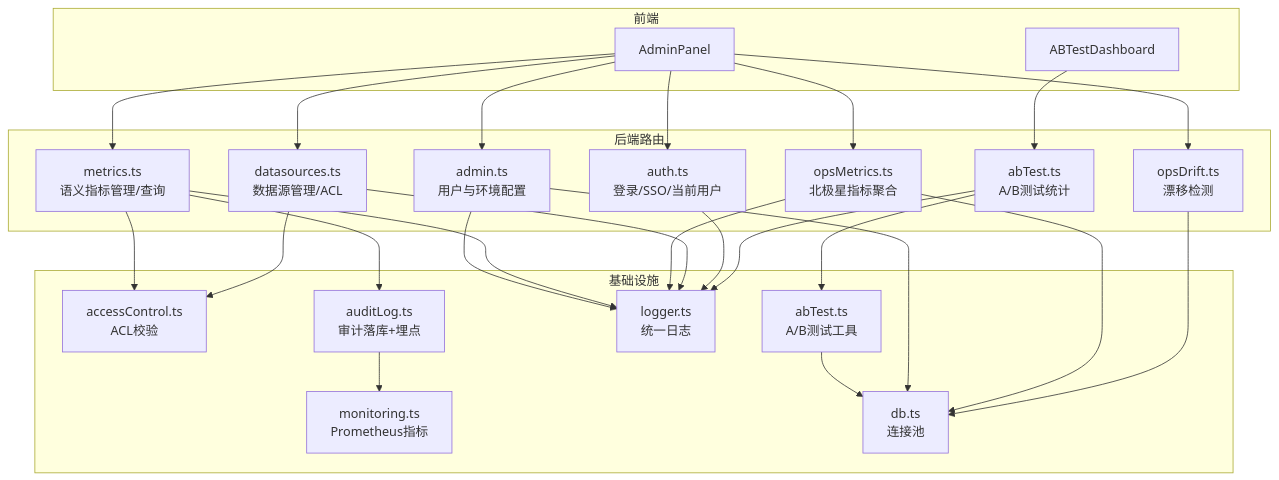
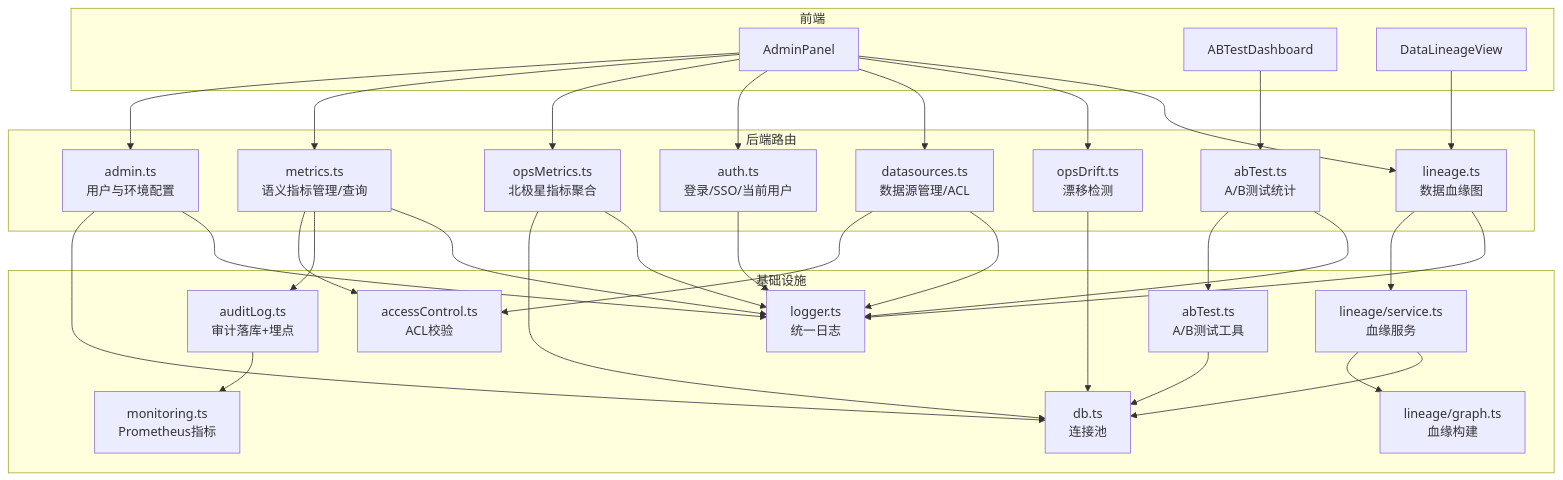
The first of 8 diagrams in .qoder/repowiki/zh/content/API参考/管理API/管理API.md (dgjin/smart-data-analytics), drawn with Mermaid before and after one commit. The commit also changed other lines of this file and 146 other files, not shown here.

````diff
--- a/.qoder/repowiki/zh/content/API参考/管理API/管理API.md
+++ b/.qoder/repowiki/zh/content/API参考/管理API/管理API.md
@@ -53,46 +60,56 @@
 ```mermaid
 graph TB
 subgraph "前端"
 AP["AdminPanel"]
 ABTD["ABTestDashboard"]
+DLV["DataLineageView"]
 end
 subgraph "后端路由"
 A["admin.ts<br/>用户与环境配置"]
 M["metrics.ts<br/>语义指标管理/查询"]
 OM["opsMetrics.ts<br/>北极星指标聚合"]
 AU["auth.ts<br/>登录/SSO/当前用户"]
 DS["datasources.ts<br/>数据源管理/ACL"]
 OD["opsDrift.ts<br/>漂移检测"]
 ABT["abTest.ts<br/>A/B测试统计"]
+LG["lineage.ts<br/>数据血缘图"]
 end
 subgraph "基础设施"
 AC["accessControl.ts<br/>ACL校验"]
 AL["auditLog.ts<br/>审计落库+埋点"]
 MO["monitoring.ts<br/>Prometheus指标"]
-LG["logger.ts<br/>统一日志"]
+LG2["logger.ts<br/>统一日志"]
 DB["db.ts<br/>连接池"]
 ABTU["abTest.ts<br/>A/B测试工具"]
+LGS["lineage/service.ts<br/>血缘服务"]
+LGG["lineage/graph.ts<br/>血缘构建"]
 end
 AP --> A
 AP --> M
 AP --> OM
 AP --> AU
 AP --> DS
 AP --> OD
+AP --> LG
 ABTD --> ABT
+DLV --> LG
 ABT --> ABTU
 ABTU --> DB
 A --> DB
 M --> AC
 M --> AL
 OM --> DB
 DS --> AC
 OD --> DB
+LG --> LGS
+LGS --> LGG
+LGS --> DB
 AL --> MO
-A --> LG
-M --> LG
-OM --> LG
-DS --> LG
-AU --> LG
-ABT --> LG
+A --> LG2
+M --> LG2
+OM --> LG2
+DS --> LG2
+AU --> LG2
+ABT --> LG2
+LG --> LG2
 ```
````
